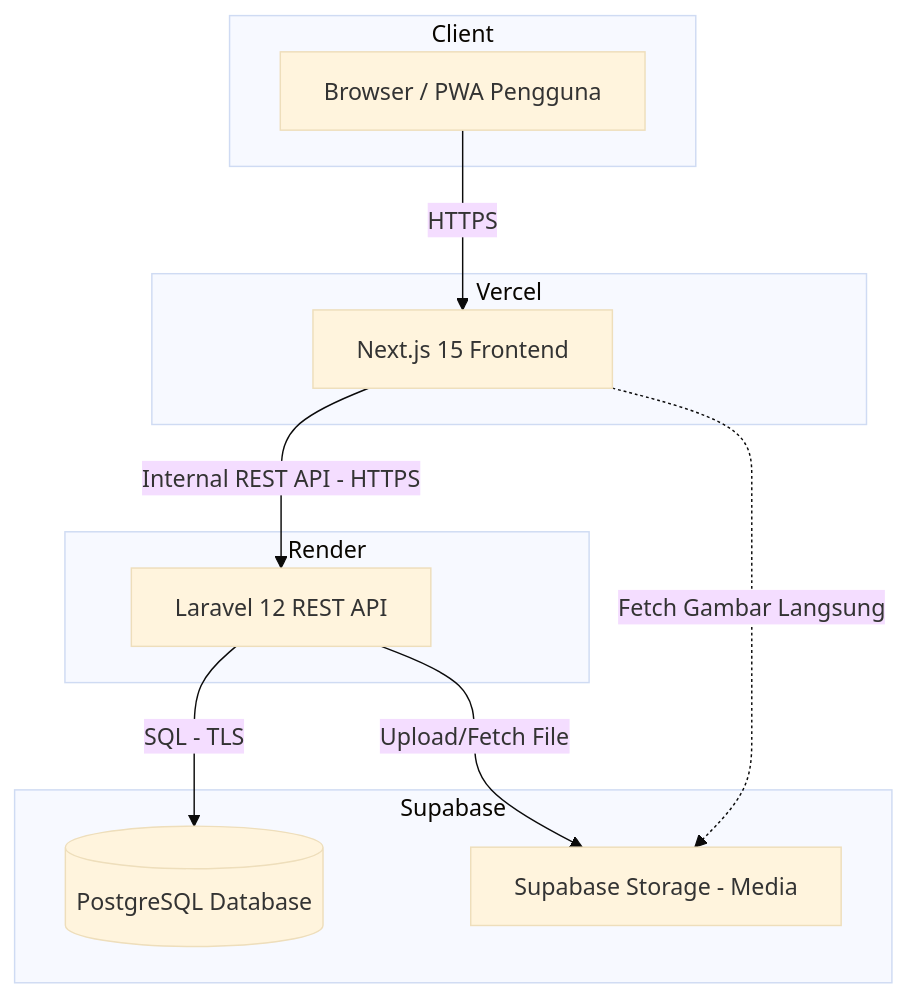
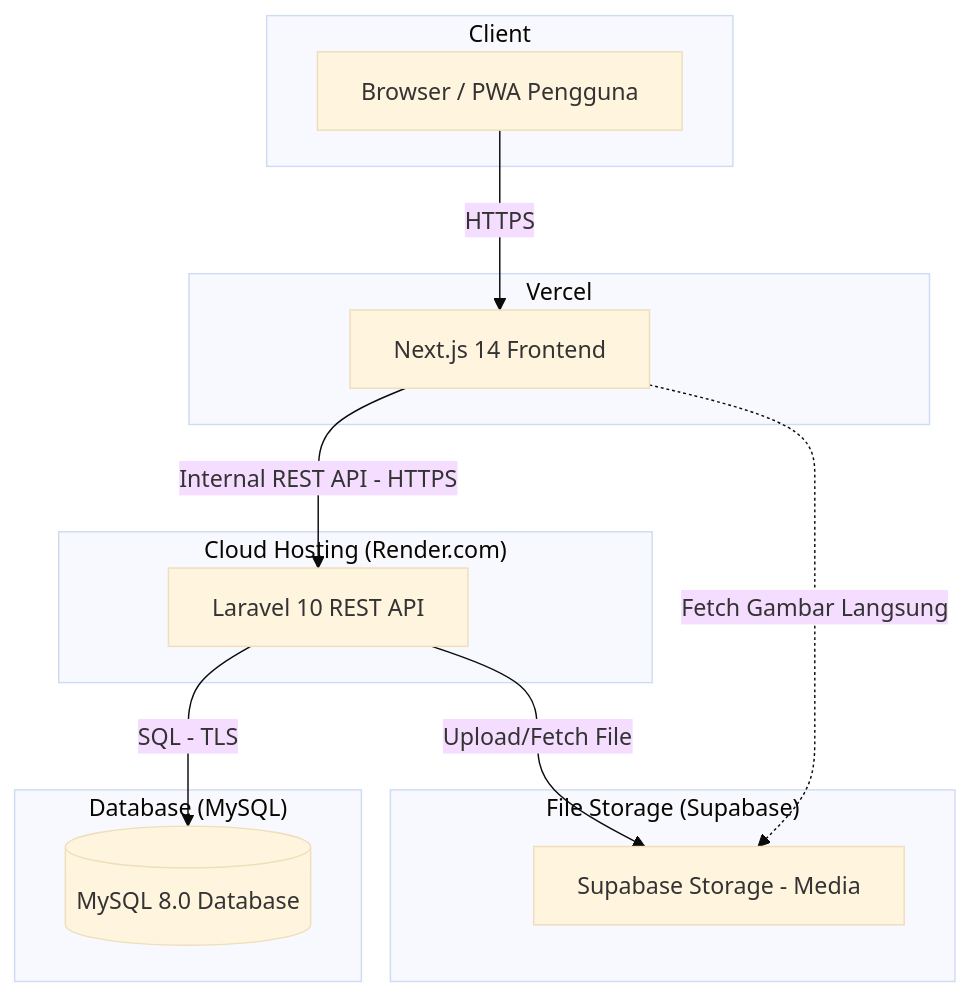
One commit to Gilangp/Cafe-POS changed the second of 2 diagrams in docs/02_system_architecture.md. Above: the diagram before and after it, drawn with Mermaid (base theme). The commit also changed other lines of this file and 9 other files, not shown here.

````diff
--- a/docs/02_system_architecture.md
+++ b/docs/02_system_architecture.md
@@ -204,25 +241,28 @@
 ```mermaid
 graph TB
-    subgraph Client
+    subgraph client_sg["Client"]
         U[Browser / PWA Pengguna]
     end
 
-    subgraph Vercel
-        FE[Next.js 15 Frontend]
+    subgraph vercel_sg["Vercel"]
+        FE[Next.js 14 Frontend]
     end
 
-    subgraph Render
-        BE[Laravel 12 REST API]
+    subgraph hosting_sg["Cloud Hosting (Render.com)"]
+        BE[Laravel 10 REST API]
     end
 
-    subgraph Supabase
-        DB[(PostgreSQL Database)]
+    subgraph db_sg["Database (MySQL)"]
+        DB[(MySQL 8.0 Database)]
+    end
+    
+    subgraph storage_sg["File Storage (Supabase)"]
         ST[Supabase Storage - Media]
     end
 
     U -->|HTTPS| FE
     FE -->|Internal REST API - HTTPS| BE
     BE -->|SQL - TLS| DB
     BE -->|Upload/Fetch File| ST
     FE -.->|Fetch Gambar Langsung| ST
 ```
````
